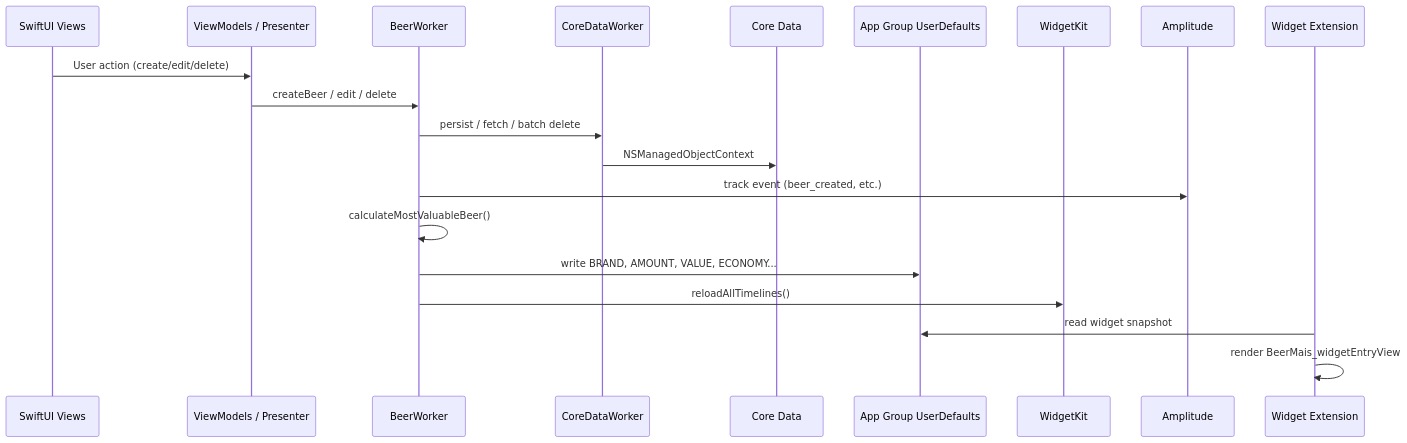
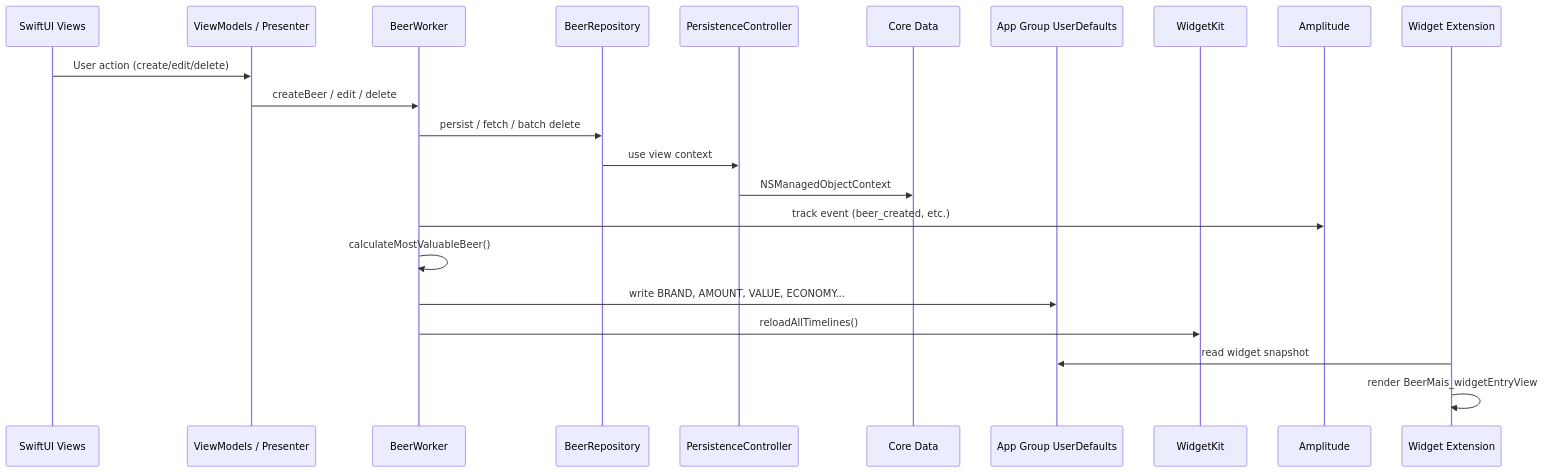
Before and after one commit to beerMais/beerMais-ios: the fourth of 4 diagrams in README.md, drawn with Mermaid. The commit also changed other lines of this file and 19 other files, not shown here.

Commit message:
refactor: inject beer persistence dependencies

````diff
--- a/README.md
+++ b/README.md
@@ -151,23 +164,25 @@
 ```mermaid
 sequenceDiagram
     participant UI as SwiftUI Views
     participant VM as ViewModels / Presenter
     participant BW as BeerWorker
-    participant CDW as CoreDataWorker
+    participant BR as BeerRepository
+    participant PC as PersistenceController
     participant CD as Core Data
     participant AG as App Group UserDefaults
     participant WK as WidgetKit
     participant AMP as Amplitude
     participant W as Widget Extension
 
     UI->>VM: User action (create/edit/delete)
     VM->>BW: createBeer / edit / delete
-    BW->>CDW: persist / fetch / batch delete
-    CDW->>CD: NSManagedObjectContext
+    BW->>BR: persist / fetch / batch delete
+    BR->>PC: use view context
+    PC->>CD: NSManagedObjectContext
     BW->>AMP: track event (beer_created, etc.)
     BW->>BW: calculateMostValuableBeer()
     BW->>AG: write BRAND, AMOUNT, VALUE, ECONOMY...
     BW->>WK: reloadAllTimelines()
     W->>AG: read widget snapshot
     W->>W: render BeerMais_widgetEntryView
 ```
````
